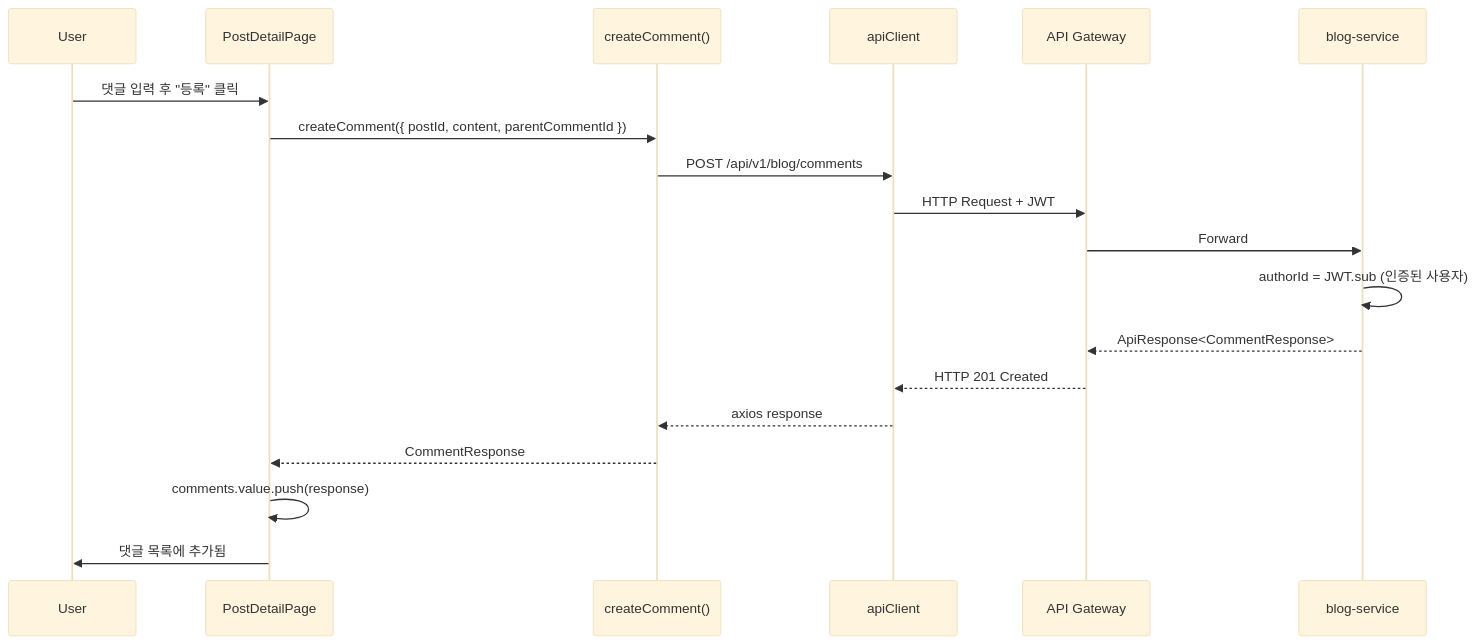
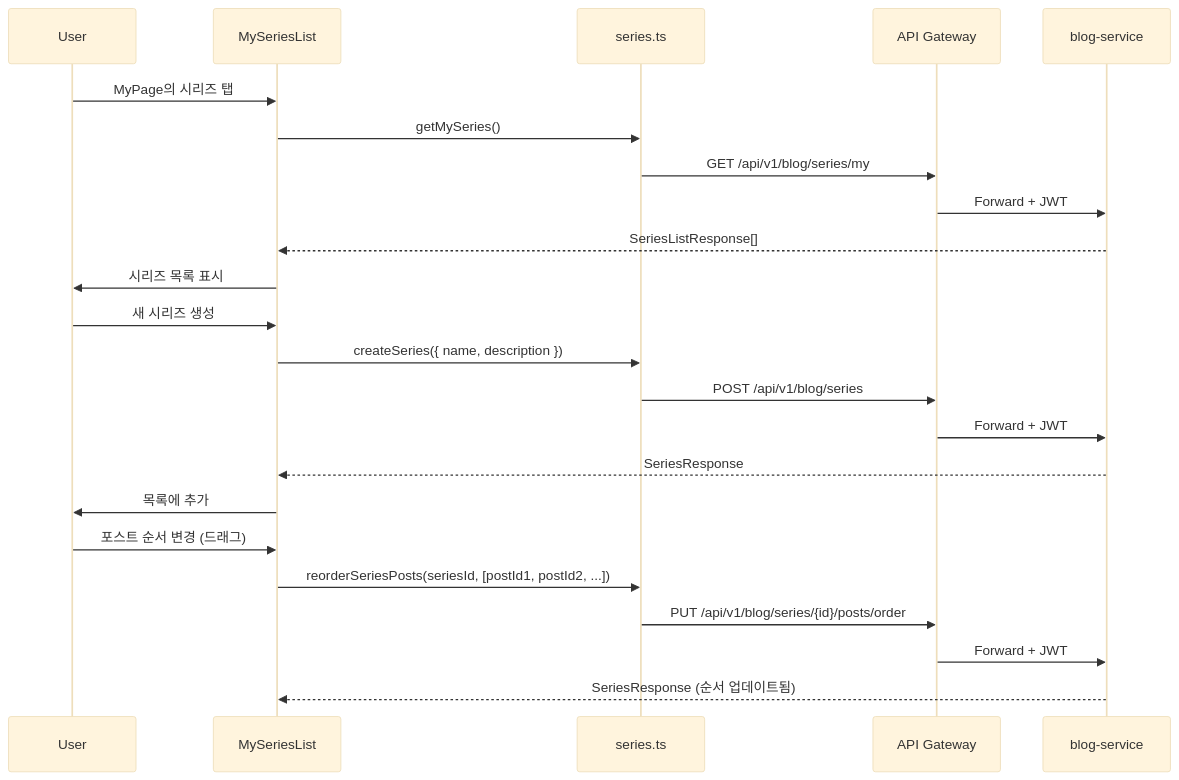
The eighth of 13 diagrams in docs/architecture/blog-frontend/data-flow.md (L-a-z-e/portal-universe), drawn with Mermaid (base theme) before and after one commit. The commit also changed other lines of this file and 3 other files, not shown here.

First line of the commit message:
docs(architecture): rewrite blog-frontend docs to match actual codebase

````diff
--- a/docs/architecture/blog-frontend/data-flow.md
+++ b/docs/architecture/blog-frontend/data-flow.md
@@ -219,22 +307,28 @@
 ```mermaid
 sequenceDiagram
     participant U as User
-    participant C as PostDetailPage
-    participant A as createComment()
-    participant AC as apiClient
-    participant G as API Gateway
-    participant S as blog-service
+    participant C as MySeriesList
+    participant API as series.ts
+    participant GW as API Gateway
+    participant BS as blog-service
 
-    U->>C: 댓글 입력 후 "등록" 클릭
-    C->>A: createComment({ postId, content, parentCommentId })
-    A->>AC: POST /api/v1/blog/comments
-    AC->>G: HTTP Request + JWT
-    G->>S: Forward
-    S->>S: authorId = JWT.sub (인증된 사용자)
-    S-->>G: ApiResponse<CommentResponse>
-    G-->>AC: HTTP 201 Created
-    AC-->>A: axios response
-    A-->>C: CommentResponse
-    C->>C: comments.value.push(response)
-    C->>U: 댓글 목록에 추가됨
+    U->>C: MyPage의 시리즈 탭
+    C->>API: getMySeries()
+    API->>GW: GET /api/v1/blog/series/my
+    GW->>BS: Forward + JWT
+    BS-->>C: SeriesListResponse[]
+    C->>U: 시리즈 목록 표시
+
+    U->>C: 새 시리즈 생성
+    C->>API: createSeries({ name, description })
+    API->>GW: POST /api/v1/blog/series
+    GW->>BS: Forward + JWT
+    BS-->>C: SeriesResponse
+    C->>U: 목록에 추가
+
+    U->>C: 포스트 순서 변경 (드래그)
+    C->>API: reorderSeriesPosts(seriesId, [postId1, postId2, ...])
+    API->>GW: PUT /api/v1/blog/series/{id}/posts/order
+    GW->>BS: Forward + JWT
+    BS-->>C: SeriesResponse (순서 업데이트됨)
 ```
````
